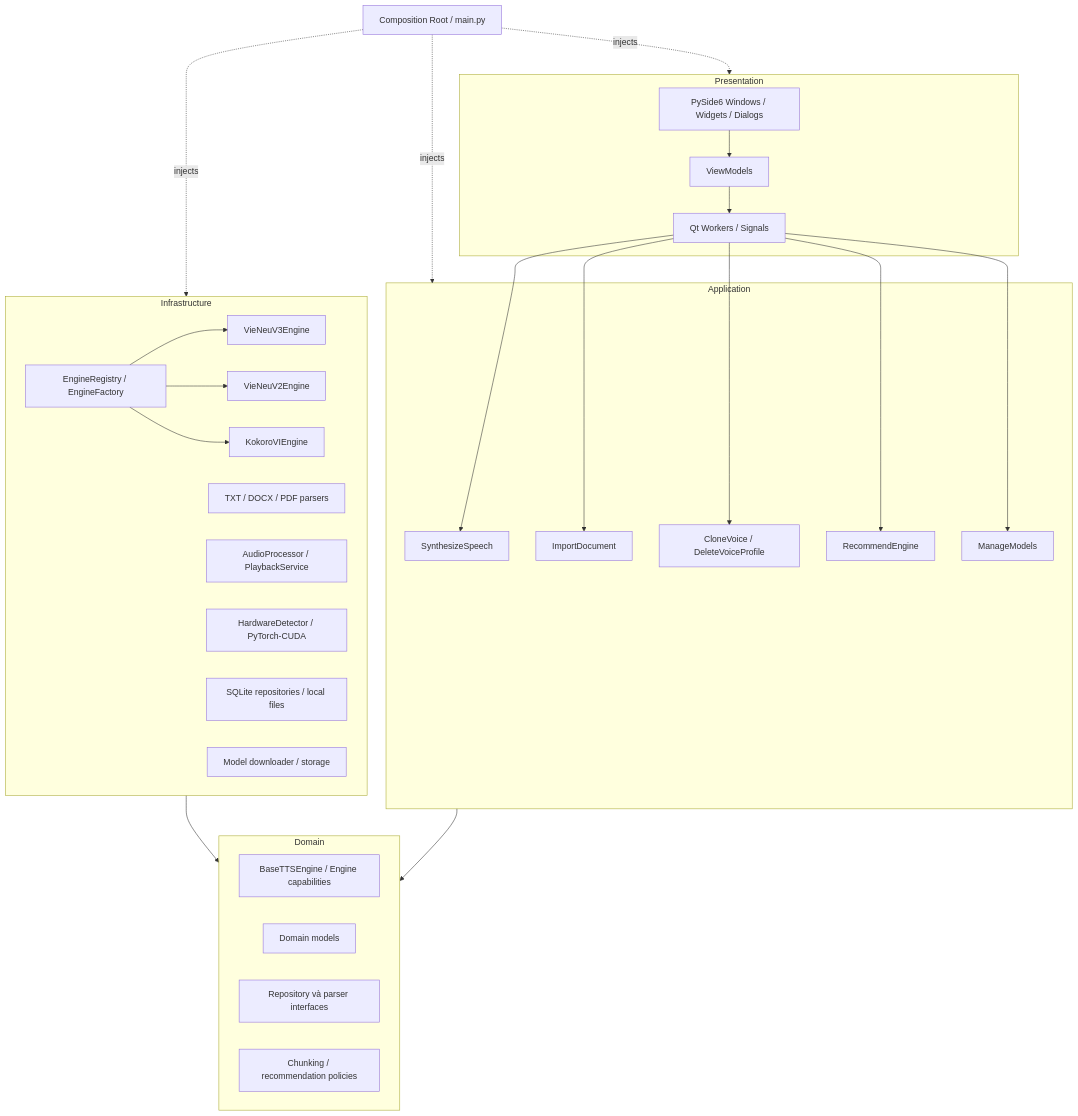
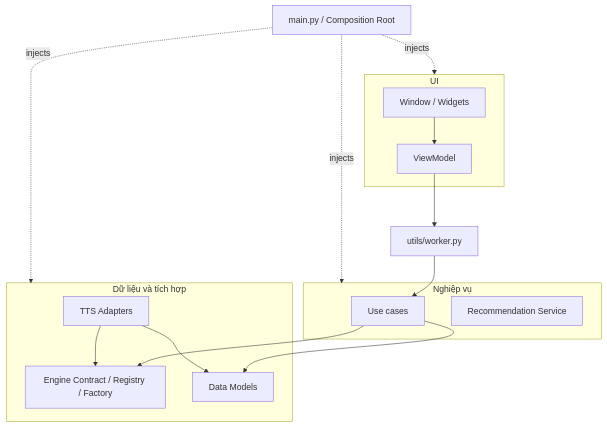
Before and after one commit to tuwns05/TTS: the first of 2 diagrams in docs/ARCHITECTURE.md, drawn with Mermaid. The commit also changed other lines of this file and 39 other files, not shown here.

````diff
--- a/docs/ARCHITECTURE.md
+++ b/docs/ARCHITECTURE.md
@@ -18,53 +17,31 @@
 ```mermaid
 graph TB
-    BOOT[Composition Root / main.py]
+    BOOT[main.py / Composition Root]
 
-    subgraph P[Presentation]
-        WINDOW[PySide6 Windows / Widgets / Dialogs]
-        VM[ViewModels]
-        WORKERS[Qt Workers / Signals]
+    subgraph P[UI]
+        UI[Window / Widgets]
+        VM[ViewModel]
     end
 
-    subgraph A[Application]
-        SYN[SynthesizeSpeech]
-        IMP[ImportDocument]
-        CLONE[CloneVoice / DeleteVoiceProfile]
-        REC[RecommendEngine]
-        MM[ManageModels]
+    subgraph A[Nghiệp vụ]
+        UC[Use cases]
+        REC[Recommendation Service]
     end
 
-    subgraph D[Domain]
-        TTS[BaseTTSEngine / Engine capabilities]
-        MODELS[Domain models]
-        PORTS[Repository và parser interfaces]
-        POLICIES[Chunking / recommendation policies]
+    subgraph D[Dữ liệu và tích hợp]
+        REG[Engine Contract / Registry / Factory]
+        ENGINES[TTS Adapters]
+        MODELS[Data Models]
     end
 
-    subgraph I[Infrastructure]
-        REGISTRY[EngineRegistry / EngineFactory]
-        V3[VieNeuV3Engine]
-        V2[VieNeuV2Engine]
-        KOKORO[KokoroVIEngine]
-        DOCS[TXT / DOCX / PDF parsers]
-        AUDIO[AudioProcessor / PlaybackService]
-        HARDWARE[HardwareDetector / PyTorch-CUDA]
-        STORAGE[SQLite repositories / local files]
-        DOWNLOAD[Model downloader / storage]
-    end
+    W[utils/worker.py]
 
-    WINDOW --> VM
-    VM --> WORKERS
-    WORKERS --> SYN
-    WORKERS --> IMP
-    WORKERS --> CLONE
-    WORKERS --> REC
-    WORKERS --> MM
-    A --> D
-    I --> D
-    REGISTRY --> V3
-    REGISTRY --> V2
-    REGISTRY --> KOKORO
+    UI --> VM --> W --> UC
+    UC --> REG
+    UC --> MODELS
+    ENGINES --> REG
+    ENGINES --> MODELS
     BOOT -. injects .-> P
     BOOT -. injects .-> A
-    BOOT -. injects .-> I
+    BOOT -. injects .-> D
 ```
````
